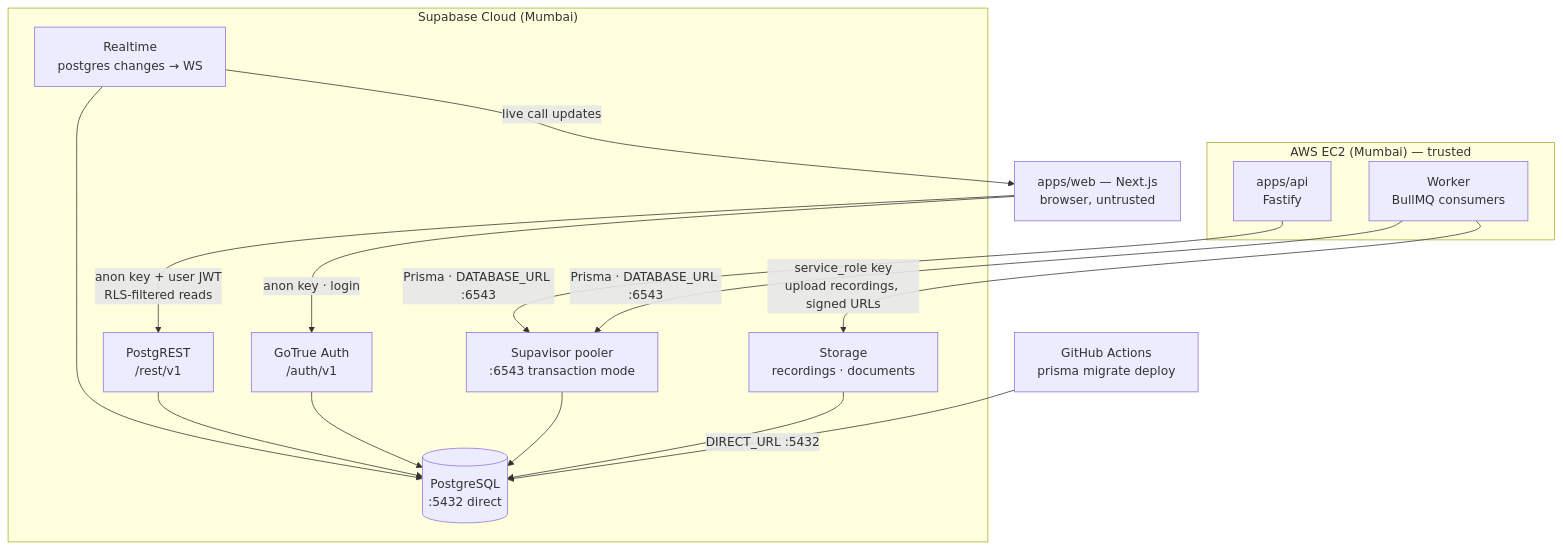
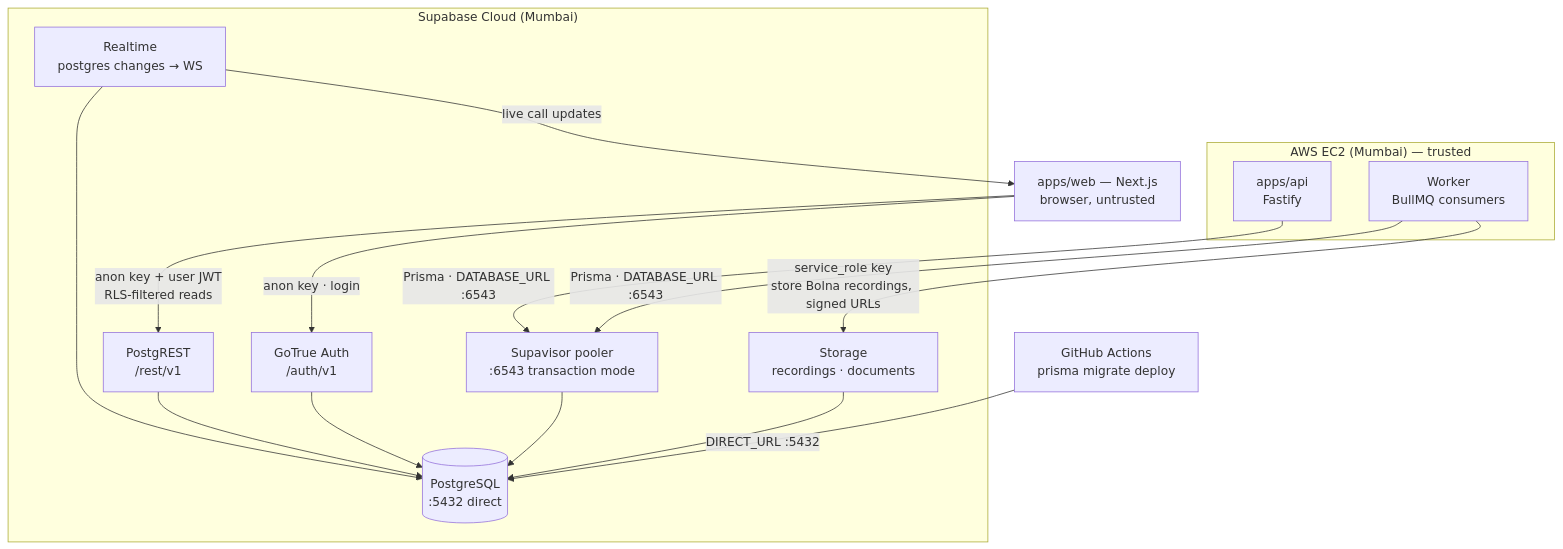
One commit to gandhi120/RecruitPilot_AI changed the diagram in docs/04_SUPABASE_SETUP.md. Above: the diagram before and after it, drawn with Mermaid. The commit also changed other lines of this file and 34 other files, not shown here.

````diff
--- a/docs/04_SUPABASE_SETUP.md
+++ b/docs/04_SUPABASE_SETUP.md
@@ -85,30 +85,30 @@
 ```mermaid
 flowchart TB
     subgraph EC2["AWS EC2 (Mumbai) — trusted"]
         API[apps/api<br/>Fastify]
         WORKER[Worker<br/>BullMQ consumers]
     end
     subgraph SUPA["Supabase Cloud (Mumbai)"]
         POOL[Supavisor pooler<br/>:6543 transaction mode]
         PG[(PostgreSQL<br/>:5432 direct)]
         REST[PostgREST<br/>/rest/v1]
         AUTH[GoTrue Auth<br/>/auth/v1]
         STOR[Storage<br/>recordings · documents]
         RT[Realtime<br/>postgres changes → WS]
         POOL --> PG
         REST --> PG
         AUTH --> PG
         RT --> PG
         STOR --> PG
     end
     WEB[apps/web — Next.js<br/>browser, untrusted]
     CI[GitHub Actions<br/>prisma migrate deploy]
 
     API -->|"Prisma · DATABASE_URL :6543"| POOL
     WORKER -->|"Prisma · DATABASE_URL :6543"| POOL
-    WORKER -->|"service_role key<br/>upload recordings, signed URLs"| STOR
+    WORKER -->|"service_role key<br/>store Bolna recordings, signed URLs"| STOR
     CI -->|"DIRECT_URL :5432"| PG
     WEB -->|"anon key + user JWT<br/>RLS-filtered reads"| REST
     WEB -->|"anon key · login"| AUTH
     RT -->|"live call updates"| WEB
 ```
````
